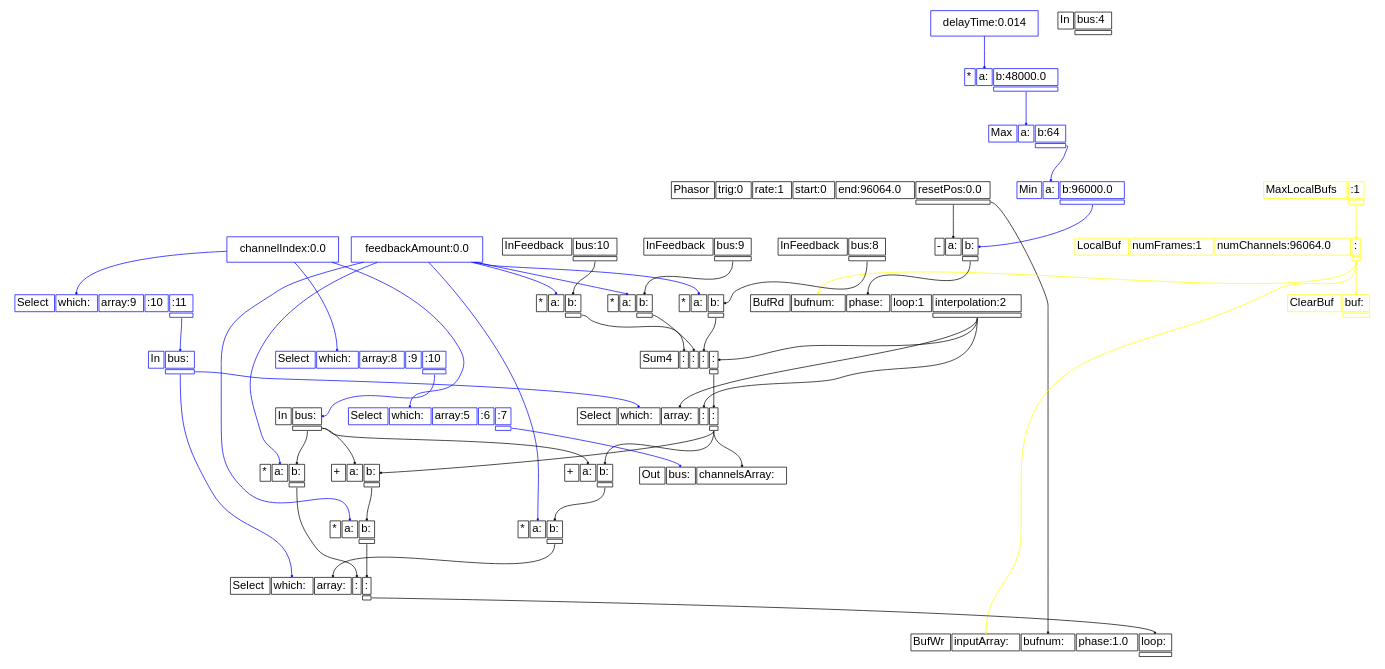
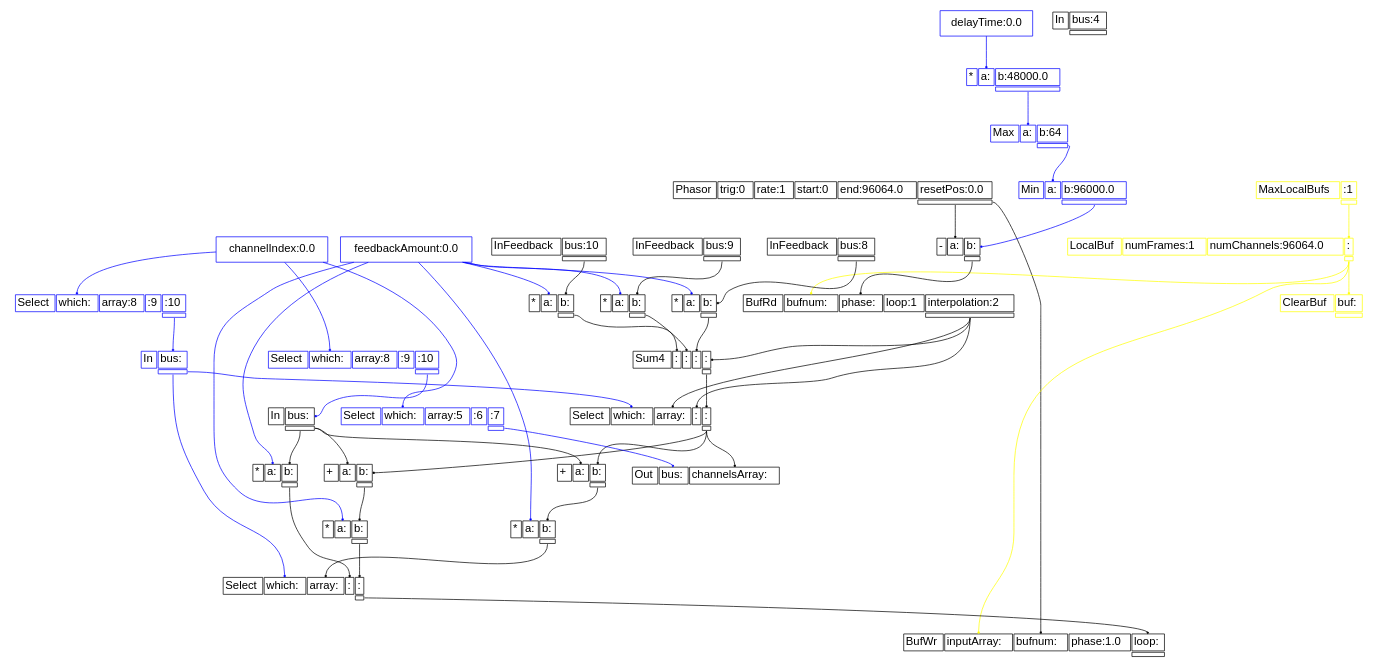
One commit to FurioColombo/Harmmmlonizer---CMLS-HW1 changed the diagram in assets/graphs/feedbackDelayLine.dot. Above: the diagram before and after it, drawn with Graphviz. The commit also changed 6 other files, not shown here.

```diff
--- a/assets/graphs/feedbackDelayLine.dot
+++ b/assets/graphs/feedbackDelayLine.dot
@@ -1,87 +1,87 @@
 digraph "feedbackDelayLine" {
 graph [splines=true];
 node [fontsize=16];
 node [fontname=Helvetica];
 edge [arrowhead=box,arrowsize=0.25];
 k_0 [shape=rectangle,color=blue,label="channelIndex:0.0"];
-k_1 [shape=rectangle,color=blue,label="delayTime:0.014"];
+k_1 [shape=rectangle,color=blue,label="delayTime:0.0"];
 k_2 [shape=rectangle,color=blue,label="feedbackAmount:0.0"];
 u_1 [shape=plaintext,color=black,label=<<TABLE BORDER="0" CELLBORDER="1"><TR><TD>In</TD><TD PORT="i_0">bus:4</TD></TR><TR><TD BORDER="0"></TD><TD PORT="o_0"></TD></TR></TABLE>>];
 u_2 [shape=plaintext,color=black,label=<<TABLE BORDER="0" CELLBORDER="1"><TR><TD>Phasor</TD><TD PORT="i_0">trig:0</TD><TD PORT="i_1">rate:1</TD><TD PORT="i_2">start:0</TD><TD PORT="i_3">end:96064.0</TD><TD PORT="i_4">resetPos:0.0</TD></TR><TR><TD BORDER="0"></TD><TD BORDER="0"></TD><TD BORDER="0"></TD><TD BORDER="0"></TD><TD BORDER="0"></TD><TD PORT="o_0"></TD></TR></TABLE>>];
 u_3 [shape=plaintext,color=yellow,label=<<TABLE BORDER="0" CELLBORDER="1"><TR><TD>MaxLocalBufs</TD><TD PORT="i_0">:1</TD></TR><TR><TD BORDER="0"></TD><TD PORT="o_0"></TD></TR></TABLE>>];
 u_4 [shape=plaintext,color=yellow,label=<<TABLE BORDER="0" CELLBORDER="1"><TR><TD>LocalBuf</TD><TD PORT="i_0">numFrames:1</TD><TD PORT="i_1">numChannels:96064.0</TD><TD PORT="i_2">:</TD></TR><TR><TD BORDER="0"></TD><TD BORDER="0"></TD><TD BORDER="0"></TD><TD PORT="o_0"></TD></TR></TABLE>>];
 u_5 [shape=plaintext,color=yellow,label=<<TABLE BORDER="0" CELLBORDER="1"><TR><TD>ClearBuf</TD><TD PORT="i_0">buf:</TD></TR><TR><TD BORDER="0"></TD><TD PORT="o_0"></TD></TR></TABLE>>];
 u_6 [shape=plaintext,color=blue,label=<<TABLE BORDER="0" CELLBORDER="1"><TR><TD>*</TD><TD PORT="i_0">a:</TD><TD PORT="i_1">b:48000.0</TD></TR><TR><TD BORDER="0"></TD><TD BORDER="0"></TD><TD PORT="o_0"></TD></TR></TABLE>>];
 u_7 [shape=plaintext,color=blue,label=<<TABLE BORDER="0" CELLBORDER="1"><TR><TD>Max</TD><TD PORT="i_0">a:</TD><TD PORT="i_1">b:64</TD></TR><TR><TD BORDER="0"></TD><TD BORDER="0"></TD><TD PORT="o_0"></TD></TR></TABLE>>];
 u_8 [shape=plaintext,color=blue,label=<<TABLE BORDER="0" CELLBORDER="1"><TR><TD>Min</TD><TD PORT="i_0">a:</TD><TD PORT="i_1">b:96000.0</TD></TR><TR><TD BORDER="0"></TD><TD BORDER="0"></TD><TD PORT="o_0"></TD></TR></TABLE>>];
 u_9 [shape=plaintext,color=black,label=<<TABLE BORDER="0" CELLBORDER="1"><TR><TD>-</TD><TD PORT="i_0">a:</TD><TD PORT="i_1">b:</TD></TR><TR><TD BORDER="0"></TD><TD BORDER="0"></TD><TD PORT="o_0"></TD></TR></TABLE>>];
 u_10 [shape=plaintext,color=black,label=<<TABLE BORDER="0" CELLBORDER="1"><TR><TD>BufRd</TD><TD PORT="i_0">bufnum:</TD><TD PORT="i_1">phase:</TD><TD PORT="i_2">loop:1</TD><TD PORT="i_3">interpolation:2</TD></TR><TR><TD BORDER="0"></TD><TD BORDER="0"></TD><TD BORDER="0"></TD><TD BORDER="0"></TD><TD PORT="o_0"></TD></TR></TABLE>>];
 u_11 [shape=plaintext,color=blue,label=<<TABLE BORDER="0" CELLBORDER="1"><TR><TD>Select</TD><TD PORT="i_0">which:</TD><TD PORT="i_1">array:8</TD><TD PORT="i_2">:9</TD><TD PORT="i_3">:10</TD></TR><TR><TD BORDER="0"></TD><TD BORDER="0"></TD><TD BORDER="0"></TD><TD BORDER="0"></TD><TD PORT="o_0"></TD></TR></TABLE>>];
 u_12 [shape=plaintext,color=black,label=<<TABLE BORDER="0" CELLBORDER="1"><TR><TD>In</TD><TD PORT="i_0">bus:</TD></TR><TR><TD BORDER="0"></TD><TD PORT="o_0"></TD></TR></TABLE>>];
 u_13 [shape=plaintext,color=black,label=<<TABLE BORDER="0" CELLBORDER="1"><TR><TD>*</TD><TD PORT="i_0">a:</TD><TD PORT="i_1">b:</TD></TR><TR><TD BORDER="0"></TD><TD BORDER="0"></TD><TD PORT="o_0"></TD></TR></TABLE>>];
-u_14 [shape=plaintext,color=blue,label=<<TABLE BORDER="0" CELLBORDER="1"><TR><TD>Select</TD><TD PORT="i_0">which:</TD><TD PORT="i_1">array:9</TD><TD PORT="i_2">:10</TD><TD PORT="i_3">:11</TD></TR><TR><TD BORDER="0"></TD><TD BORDER="0"></TD><TD BORDER="0"></TD><TD BORDER="0"></TD><TD PORT="o_0"></TD></TR></TABLE>>];
+u_14 [shape=plaintext,color=blue,label=<<TABLE BORDER="0" CELLBORDER="1"><TR><TD>Select</TD><TD PORT="i_0">which:</TD><TD PORT="i_1">array:8</TD><TD PORT="i_2">:9</TD><TD PORT="i_3">:10</TD></TR><TR><TD BORDER="0"></TD><TD BORDER="0"></TD><TD BORDER="0"></TD><TD BORDER="0"></TD><TD PORT="o_0"></TD></TR></TABLE>>];
 u_15 [shape=plaintext,color=blue,label=<<TABLE BORDER="0" CELLBORDER="1"><TR><TD>In</TD><TD PORT="i_0">bus:</TD></TR><TR><TD BORDER="0"></TD><TD PORT="o_0"></TD></TR></TABLE>>];
 u_16 [shape=plaintext,color=black,label=<<TABLE BORDER="0" CELLBORDER="1"><TR><TD>InFeedback</TD><TD PORT="i_0">bus:8</TD></TR><TR><TD BORDER="0"></TD><TD PORT="o_0"></TD></TR></TABLE>>];
 u_17 [shape=plaintext,color=black,label=<<TABLE BORDER="0" CELLBORDER="1"><TR><TD>*</TD><TD PORT="i_0">a:</TD><TD PORT="i_1">b:</TD></TR><TR><TD BORDER="0"></TD><TD BORDER="0"></TD><TD PORT="o_0"></TD></TR></TABLE>>];
 u_18 [shape=plaintext,color=black,label=<<TABLE BORDER="0" CELLBORDER="1"><TR><TD>InFeedback</TD><TD PORT="i_0">bus:9</TD></TR><TR><TD BORDER="0"></TD><TD PORT="o_0"></TD></TR></TABLE>>];
 u_19 [shape=plaintext,color=black,label=<<TABLE BORDER="0" CELLBORDER="1"><TR><TD>*</TD><TD PORT="i_0">a:</TD><TD PORT="i_1">b:</TD></TR><TR><TD BORDER="0"></TD><TD BORDER="0"></TD><TD PORT="o_0"></TD></TR></TABLE>>];
 u_20 [shape=plaintext,color=black,label=<<TABLE BORDER="0" CELLBORDER="1"><TR><TD>InFeedback</TD><TD PORT="i_0">bus:10</TD></TR><TR><TD BORDER="0"></TD><TD PORT="o_0"></TD></TR></TABLE>>];
 u_21 [shape=plaintext,color=black,label=<<TABLE BORDER="0" CELLBORDER="1"><TR><TD>*</TD><TD PORT="i_0">a:</TD><TD PORT="i_1">b:</TD></TR><TR><TD BORDER="0"></TD><TD BORDER="0"></TD><TD PORT="o_0"></TD></TR></TABLE>>];
 u_22 [shape=plaintext,color=black,label=<<TABLE BORDER="0" CELLBORDER="1"><TR><TD>Sum4</TD><TD PORT="i_0">:</TD><TD PORT="i_1">:</TD><TD PORT="i_2">:</TD><TD PORT="i_3">:</TD></TR><TR><TD BORDER="0"></TD><TD BORDER="0"></TD><TD BORDER="0"></TD><TD BORDER="0"></TD><TD PORT="o_0"></TD></TR></TABLE>>];
 u_23 [shape=plaintext,color=black,label=<<TABLE BORDER="0" CELLBORDER="1"><TR><TD>Select</TD><TD PORT="i_0">which:</TD><TD PORT="i_1">array:</TD><TD PORT="i_2">:</TD><TD PORT="i_3">:</TD></TR><TR><TD BORDER="0"></TD><TD BORDER="0"></TD><TD BORDER="0"></TD><TD BORDER="0"></TD><TD PORT="o_0"></TD></TR></TABLE>>];
 u_24 [shape=plaintext,color=black,label=<<TABLE BORDER="0" CELLBORDER="1"><TR><TD>+</TD><TD PORT="i_0">a:</TD><TD PORT="i_1">b:</TD></TR><TR><TD BORDER="0"></TD><TD BORDER="0"></TD><TD PORT="o_0"></TD></TR></TABLE>>];
 u_25 [shape=plaintext,color=black,label=<<TABLE BORDER="0" CELLBORDER="1"><TR><TD>*</TD><TD PORT="i_0">a:</TD><TD PORT="i_1">b:</TD></TR><TR><TD BORDER="0"></TD><TD BORDER="0"></TD><TD PORT="o_0"></TD></TR></TABLE>>];
 u_26 [shape=plaintext,color=black,label=<<TABLE BORDER="0" CELLBORDER="1"><TR><TD>+</TD><TD PORT="i_0">a:</TD><TD PORT="i_1">b:</TD></TR><TR><TD BORDER="0"></TD><TD BORDER="0"></TD><TD PORT="o_0"></TD></TR></TABLE>>];
 u_27 [shape=plaintext,color=black,label=<<TABLE BORDER="0" CELLBORDER="1"><TR><TD>*</TD><TD PORT="i_0">a:</TD><TD PORT="i_1">b:</TD></TR><TR><TD BORDER="0"></TD><TD BORDER="0"></TD><TD PORT="o_0"></TD></TR></TABLE>>];
 u_28 [shape=plaintext,color=black,label=<<TABLE BORDER="0" CELLBORDER="1"><TR><TD>Select</TD><TD PORT="i_0">which:</TD><TD PORT="i_1">array:</TD><TD PORT="i_2">:</TD><TD PORT="i_3">:</TD></TR><TR><TD BORDER="0"></TD><TD BORDER="0"></TD><TD BORDER="0"></TD><TD BORDER="0"></TD><TD PORT="o_0"></TD></TR></TABLE>>];
 u_29 [shape=plaintext,color=black,label=<<TABLE BORDER="0" CELLBORDER="1"><TR><TD>BufWr</TD><TD PORT="i_0">inputArray:</TD><TD PORT="i_1">bufnum:</TD><TD PORT="i_2">phase:1.0</TD><TD PORT="i_3">loop:</TD></TR><TR><TD BORDER="0"></TD><TD BORDER="0"></TD><TD BORDER="0"></TD><TD BORDER="0"></TD><TD PORT="o_0"></TD></TR></TABLE>>];
 u_30 [shape=plaintext,color=blue,label=<<TABLE BORDER="0" CELLBORDER="1"><TR><TD>Select</TD><TD PORT="i_0">which:</TD><TD PORT="i_1">array:5</TD><TD PORT="i_2">:6</TD><TD PORT="i_3">:7</TD></TR><TR><TD BORDER="0"></TD><TD BORDER="0"></TD><TD BORDER="0"></TD><TD BORDER="0"></TD><TD PORT="o_0"></TD></TR></TABLE>>];
 u_31 [shape=plaintext,color=black,label=<<TABLE BORDER="0" CELLBORDER="1"><TR><TD>Out</TD><TD PORT="i_0">bus:</TD><TD PORT="i_1">channelsArray:</TD></TR></TABLE>>];
 u_3:o_0 -> u_4:i_2 [color=yellow];
 u_4:o_0 -> u_5:i_0 [color=yellow];
 k_1 -> u_6:i_0 [color=blue];
 u_6:o_0 -> u_7:i_0 [color=blue];
 u_7:o_0 -> u_8:i_0 [color=blue];
 u_2:o_0 -> u_9:i_0 [color=black];
 u_8:o_0 -> u_9:i_1 [color=blue];
 u_4:o_0 -> u_10:i_0 [color=yellow];
 u_9:o_0 -> u_10:i_1 [color=black];
 k_0 -> u_11:i_0 [color=blue];
 u_11:o_0 -> u_12:i_0 [color=blue];
 k_2 -> u_13:i_0 [color=blue];
 u_12:o_0 -> u_13:i_1 [color=black];
 k_0 -> u_14:i_0 [color=blue];
 u_14:o_0 -> u_15:i_0 [color=blue];
 k_2 -> u_17:i_0 [color=blue];
 u_16:o_0 -> u_17:i_1 [color=black];
 k_2 -> u_19:i_0 [color=blue];
 u_18:o_0 -> u_19:i_1 [color=black];
 k_2 -> u_21:i_0 [color=blue];
 u_20:o_0 -> u_21:i_1 [color=black];
 u_21:o_0 -> u_22:i_0 [color=black];
 u_19:o_0 -> u_22:i_1 [color=black];
 u_17:o_0 -> u_22:i_2 [color=black];
 u_10:o_0 -> u_22:i_3 [color=black];
 u_15:o_0 -> u_23:i_0 [color=blue];
 u_10:o_0 -> u_23:i_1 [color=black];
 u_10:o_0 -> u_23:i_2 [color=black];
 u_22:o_0 -> u_23:i_3 [color=black];
 u_12:o_0 -> u_24:i_0 [color=black];
 u_23:o_0 -> u_24:i_1 [color=black];
 k_2 -> u_25:i_0 [color=blue];
 u_24:o_0 -> u_25:i_1 [color=black];
 u_12:o_0 -> u_26:i_0 [color=black];
 u_23:o_0 -> u_26:i_1 [color=black];
 k_2 -> u_27:i_0 [color=blue];
 u_26:o_0 -> u_27:i_1 [color=black];
 u_15:o_0 -> u_28:i_0 [color=blue];
 u_25:o_0 -> u_28:i_1 [color=black];
 u_13:o_0 -> u_28:i_2 [color=black];
 u_27:o_0 -> u_28:i_3 [color=black];
 u_4:o_0 -> u_29:i_0 [color=yellow];
 u_2:o_0 -> u_29:i_1 [color=black];
 u_28:o_0 -> u_29:i_3 [color=black];
 k_0 -> u_30:i_0 [color=blue];
 u_30:o_0 -> u_31:i_0 [color=blue];
 u_23:o_0 -> u_31:i_1 [color=black];
 }
```
